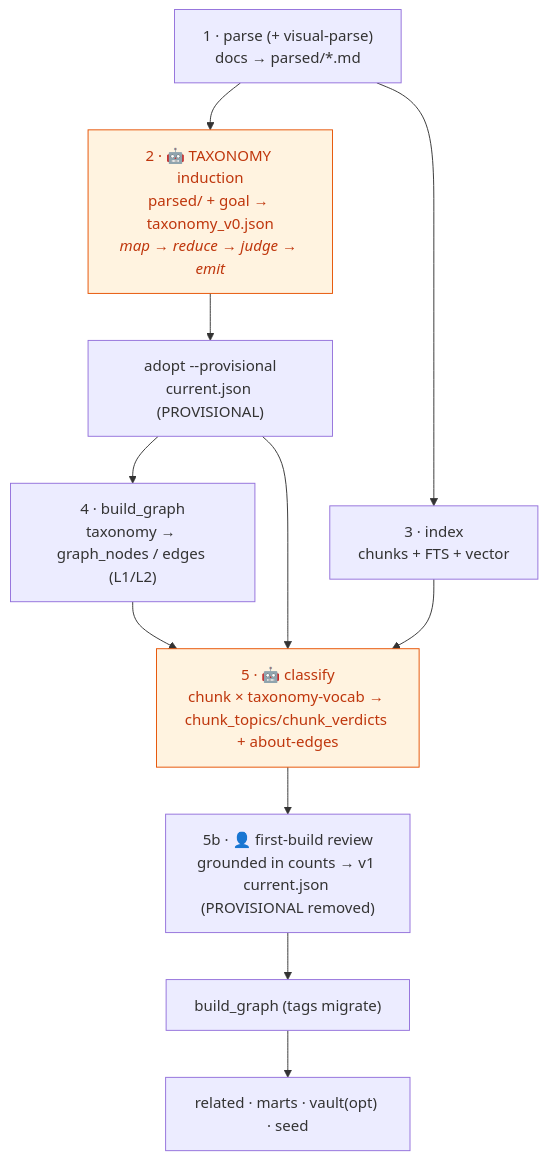
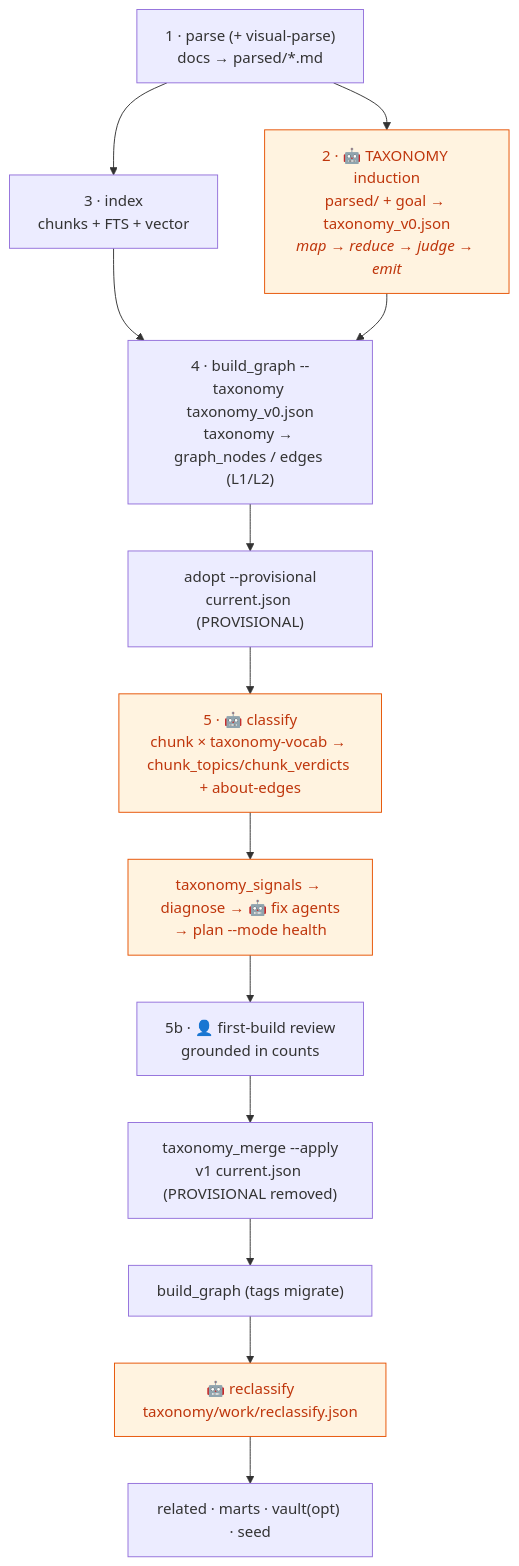
One commit to onetest-ai/applied_skills changed the sixth of 7 diagrams in bundles/brain/README.md. Above: the diagram before and after it, drawn with Mermaid. The commit also changed other lines of this file, not shown here.

First line of the commit message:
docs(brain): README pipeline shows the count-grounded first-build order

````diff
--- a/bundles/brain/README.md
+++ b/bundles/brain/README.md
@@ -412,16 +418,18 @@
 ```mermaid
 flowchart TD
     P["1 · parse (+ visual-parse)<br/>docs → parsed/*.md"] --> TX["2 · 🤖 TAXONOMY induction<br/>parsed/ + goal → taxonomy_v0.json<br/><i>map → reduce → judge → emit</i>"]
-    TX --> AD["adopt --provisional<br/>current.json (PROVISIONAL)"]
     P --> IDX["3 · index<br/>chunks + FTS + vector"]
-    AD --> G["4 · build_graph<br/>taxonomy → graph_nodes / edges (L1/L2)"]
+    IDX --> G["4 · build_graph --taxonomy taxonomy_v0.json<br/>taxonomy → graph_nodes / edges (L1/L2)"]
+    TX --> G
+    G --> AD["adopt --provisional<br/>current.json (PROVISIONAL)"]
     AD --> CL["5 · 🤖 classify<br/>chunk × taxonomy-vocab → chunk_topics/chunk_verdicts + about-edges"]
-    IDX --> CL
-    G --> CL
-    CL --> FR["5b · 👤 first-build review<br/>grounded in counts → v1 current.json (PROVISIONAL removed)"]
-    FR --> G2["build_graph (tags migrate)"]
-    G2 --> R["related · marts · vault(opt) · seed"]
+    CL --> HD["taxonomy_signals → diagnose → 🤖 fix agents<br/>→ plan --mode health"]
+    HD --> FR["5b · 👤 first-build review<br/>grounded in counts"]
+    FR --> MA["taxonomy_merge --apply<br/>v1 current.json (PROVISIONAL removed)"]
+    MA --> G2["build_graph (tags migrate)"]
+    G2 --> RC["🤖 reclassify<br/>taxonomy/work/reclassify.json"]
+    RC --> R["related · marts · vault(opt) · seed"]
 
     classDef ag fill:#fff3e0,stroke:#e65100,color:#bf360c;
-    class TX,CL ag
+    class TX,CL,HD,RC ag
 ```
````
